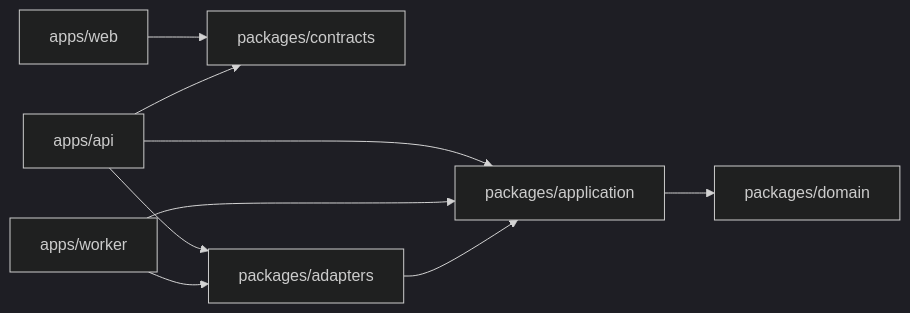
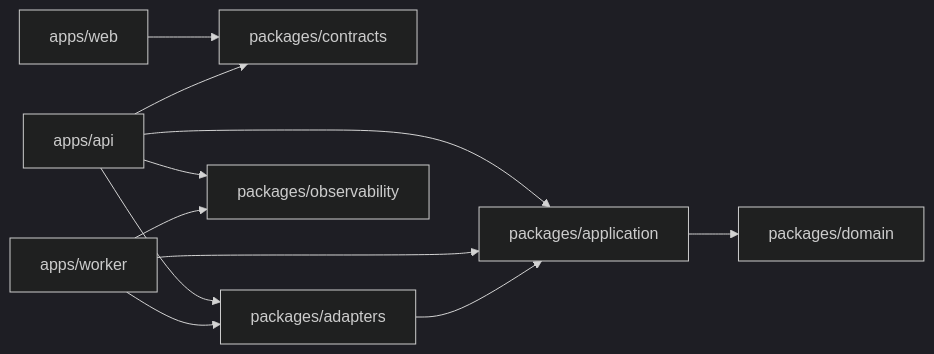
Before and after one commit to r4ai/news-podcast: the first of 3 diagrams in docs/design.md, drawn with Mermaid (dark theme). The commit also changed other lines of this file and 61 other files, not shown here.

````diff
--- a/docs/design.md
+++ b/docs/design.md
@@ -29,11 +29,13 @@
 ```mermaid
 flowchart LR
   Web["apps/web"] --> Contract["packages/contracts"]
   Api["apps/api"] --> Contract
   Api --> App["packages/application"]
   Worker["apps/worker"] --> App
   Adapter["packages/adapters"] --> App
   App --> Domain["packages/domain"]
   Api --> Adapter
   Worker --> Adapter
+  Api --> Observability["packages/observability"]
+  Worker --> Observability
 ```
````
